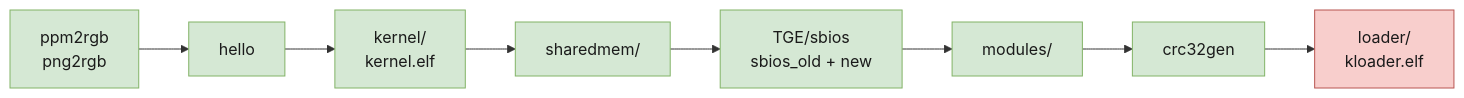
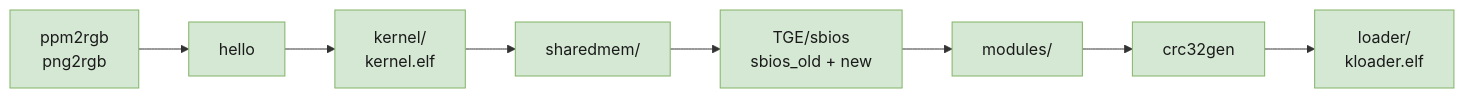
One commit to Arawn-Davies/kernelreloaded changed the diagram in docs/porting-notes.md. Above: the diagram before and after it, drawn with Mermaid. The commit also changed other lines of this file and 11 other files, not shown here.

````diff
--- a/docs/porting-notes.md
+++ b/docs/porting-notes.md
@@ -10,10 +10,9 @@
 ```mermaid
 flowchart LR
     A["ppm2rgb<br/>png2rgb"] --> B["hello"] --> C["kernel/<br/>kernel.elf"] --> D["sharedmem/"] --> E["TGE/sbios<br/>sbios_old + new"] --> F["modules/"] --> G["crc32gen"] --> H["loader/<br/>kloader.elf"]
 
     classDef done fill:#d5e8d4,stroke:#82b366,color:#1a1a1a
     classDef stuck fill:#f8cecc,stroke:#b85450,color:#1a1a1a
     classDef todo fill:#f5f5f5,stroke:#999,stroke-dasharray: 4 4,color:#1a1a1a
-    class A,B,C,D,E,F,G done
-    class H stuck
+    class A,B,C,D,E,F,G,H done
 ```
````
